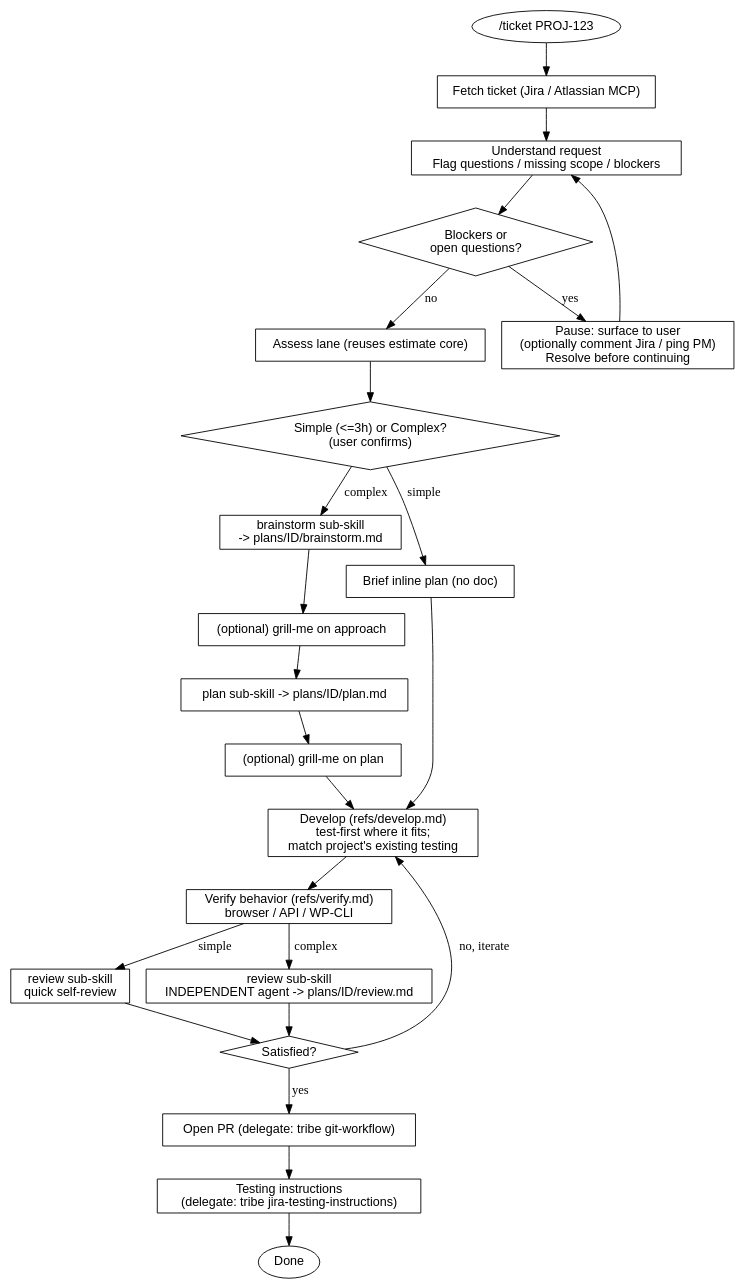
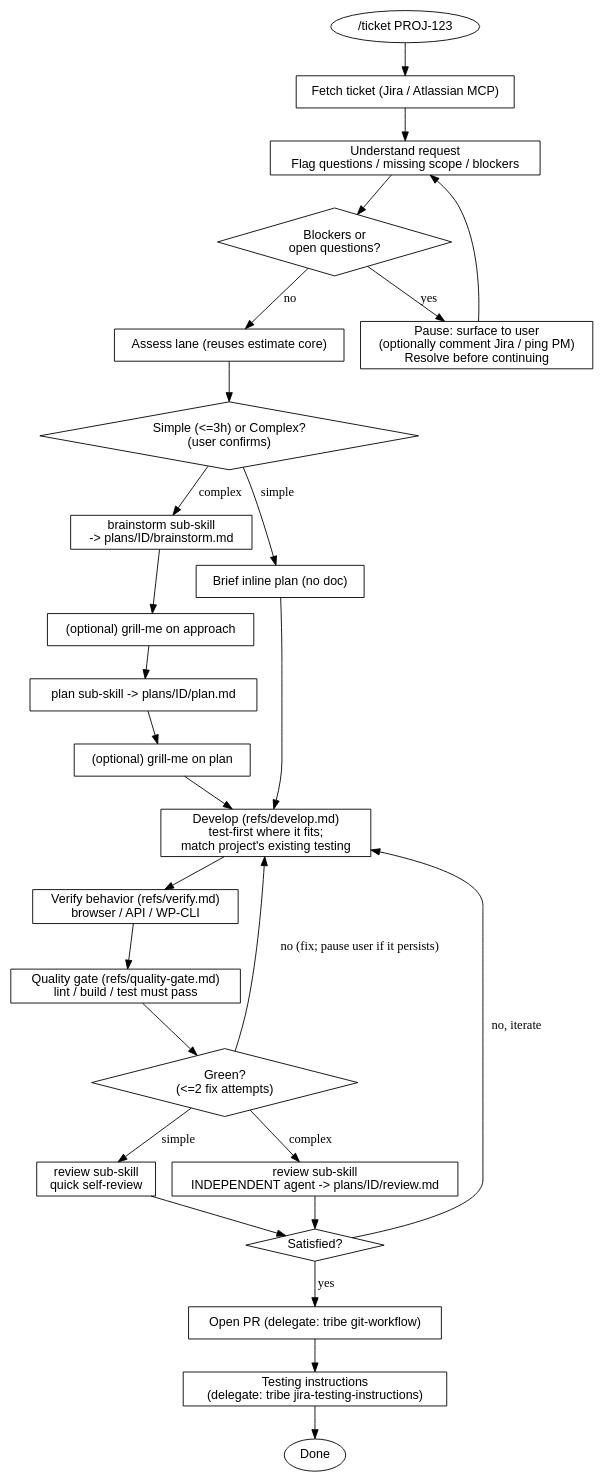
One commit to LayaTaal/tribe-harness changed the diagram in references/decision-tree.md. Above: the diagram before and after it, drawn with Graphviz. The commit also changed other lines of this file and 4 other files, not shown here.

First line of the commit message:
Add quality gate, approval gates, step feedback, and roadmap

````diff
--- a/references/decision-tree.md
+++ b/references/decision-tree.md
@@ -7,39 +7,43 @@
 ```dot
 digraph ticket_workflow {
   rankdir=TB; node [shape=box, fontname="Helvetica"];
   start      [shape=oval, label="/ticket PROJ-123"];
   fetch      [label="Fetch ticket (Jira / Atlassian MCP)"];
   understand [label="Understand request\nFlag questions / missing scope / blockers"];
   blocked    [shape=diamond, label="Blockers or\nopen questions?"];
   pause      [label="Pause: surface to user\n(optionally comment Jira / ping PM)\nResolve before continuing"];
   assess     [label="Assess lane (reuses estimate core)"];
   confirm    [shape=diamond, label="Simple (<=3h) or Complex?\n(user confirms)"];
 
   brainstorm [label="brainstorm sub-skill\n-> plans/ID/brainstorm.md"];
   grill1     [label="(optional) grill-me on approach"];
   plan_c     [label="plan sub-skill -> plans/ID/plan.md"];
   grill2     [label="(optional) grill-me on plan"];
   plan_s     [label="Brief inline plan (no doc)"];
 
   develop    [label="Develop (refs/develop.md)\ntest-first where it fits;\nmatch project's existing testing"];
   verify     [label="Verify behavior (refs/verify.md)\nbrowser / API / WP-CLI"];
+  gate       [label="Quality gate (refs/quality-gate.md)\nlint / build / test must pass"];
+  gatecheck  [shape=diamond, label="Green?\n(<=2 fix attempts)"];
   review_c   [label="review sub-skill\nINDEPENDENT agent -> plans/ID/review.md"];
   review_s   [label="review sub-skill\nquick self-review"];
   satisfied  [shape=diamond, label="Satisfied?"];
   pr         [label="Open PR (delegate: tribe git-workflow)"];
   testing    [label="Testing instructions\n(delegate: tribe jira-testing-instructions)"];
   done       [shape=oval, label="Done"];
 
   start->fetch->understand->blocked;
   blocked->pause [label="yes"]; pause->understand;
   blocked->assess [label="no"]; assess->confirm;
   confirm->brainstorm [label="complex"];
   brainstorm->grill1->plan_c->grill2->develop;
   confirm->plan_s [label="simple"]; plan_s->develop;
   develop->verify;
-  verify->review_c [label="complex"]; verify->review_s [label="simple"];
+  verify->gate->gatecheck;
+  gatecheck->develop [label="no (fix; pause user if it persists)"];
+  gatecheck->review_c [label="complex"]; gatecheck->review_s [label="simple"];
   review_c->satisfied; review_s->satisfied;
   satisfied->develop [label="no, iterate"]; satisfied->pr [label="yes"];
   pr->testing->done;
 }
 ```
````
